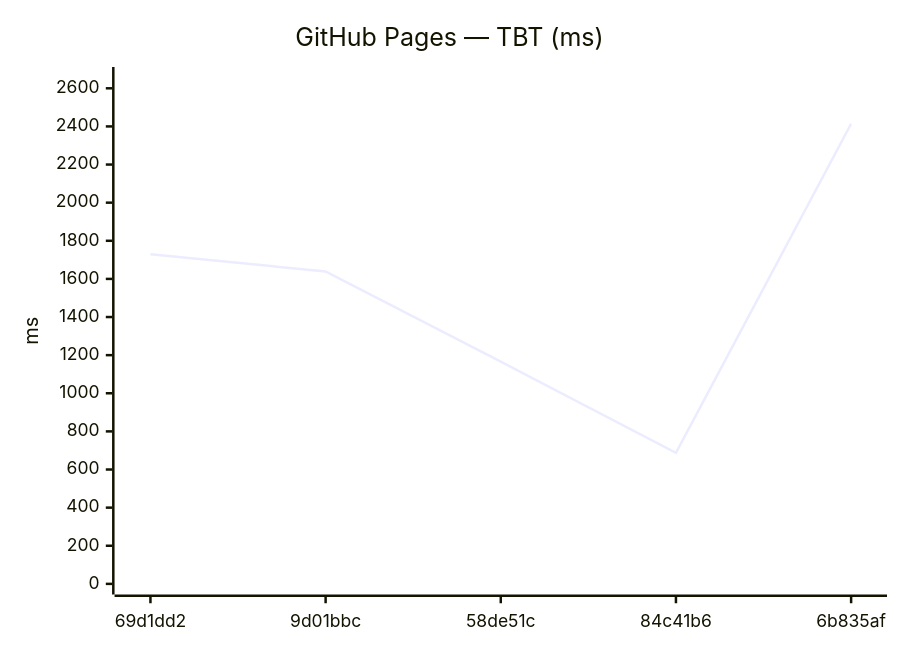
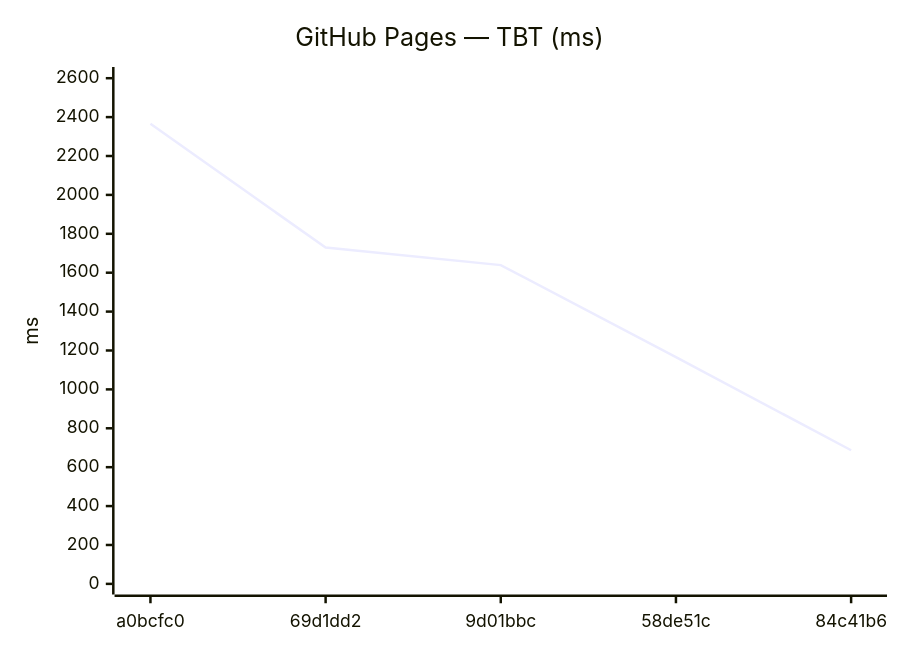
The eighth of 12 diagrams in benchmarks/compare.md (Metaheurist/Rianell), drawn with Mermaid before and after one commit. The commit also changed other lines of this file and 8 other files, not shown here.

````diff
--- a/benchmarks/compare.md
+++ b/benchmarks/compare.md
@@ -114,7 +114,7 @@
 ```mermaid
 xychart-beta
     title "GitHub Pages — TBT (ms)"
-    x-axis ["69d1dd2", "9d01bbc", "58de51c", "84c41b6", "6b835af"]
-    y-axis "ms" 0 --> 2656
-    line [1729, 1639, 1166, 687, 2414]
+    x-axis ["a0bcfc0", "69d1dd2", "9d01bbc", "58de51c", "84c41b6"]
+    y-axis "ms" 0 --> 2603
+    line [2366, 1729, 1639, 1166, 687]
 ```
````
